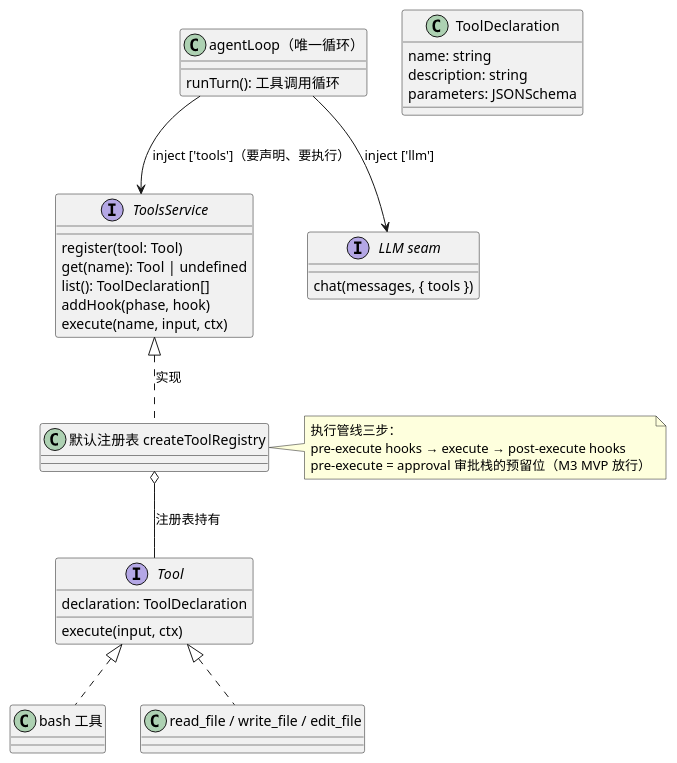
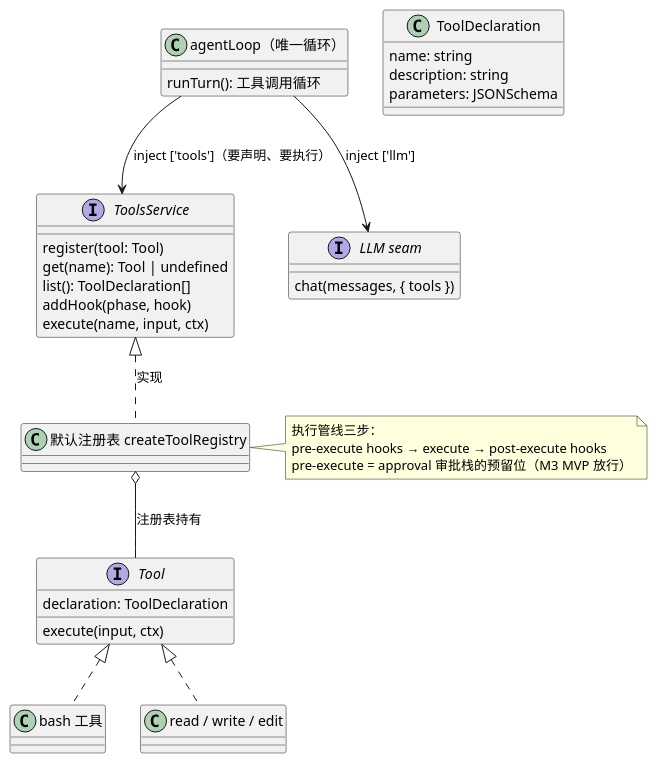
One commit to eric-song-dev/mini-deepseek-harness changed the first of 2 diagrams in docs/tutorials/M3-tools.md. Above: the diagram before and after it, drawn with PlantUML. The commit also changed other lines of this file and 13 other files, not shown here.

````diff
--- a/docs/tutorials/M3-tools.md
+++ b/docs/tutorials/M3-tools.md
@@ -48,40 +48,40 @@
 ```plantuml
 @startuml
 interface ToolsService {
   register(tool: Tool)
   get(name): Tool | undefined
   list(): ToolDeclaration[]
   addHook(phase, hook)
   execute(name, input, ctx)
 }
 interface Tool {
   declaration: ToolDeclaration
   execute(input, ctx)
 }
 class ToolDeclaration {
   name: string
   description: string
   parameters: JSONSchema
 }
 class "bash 工具" as bash
-class "read_file / write_file / edit_file" as fs
+class "read / write / edit" as fs
 class "默认注册表 createToolRegistry" as registry
 class "agentLoop（唯一循环）" as loop {
   runTurn(): 工具调用循环
 }
 interface "LLM seam" as llm {
   chat(messages, { tools })
 }
 ToolsService <|.. registry : 实现
 Tool <|.. bash
 Tool <|.. fs
 registry o-- Tool : 注册表持有
 loop --> ToolsService : inject ['tools']（要声明、要执行）
 loop --> llm : inject ['llm']
 note right of registry
   执行管线三步：
   pre-execute hooks → execute → post-execute hooks
   pre-execute = approval 审批栈的预留位（M3 MVP 放行）
 end note
 @enduml
 ```
````
